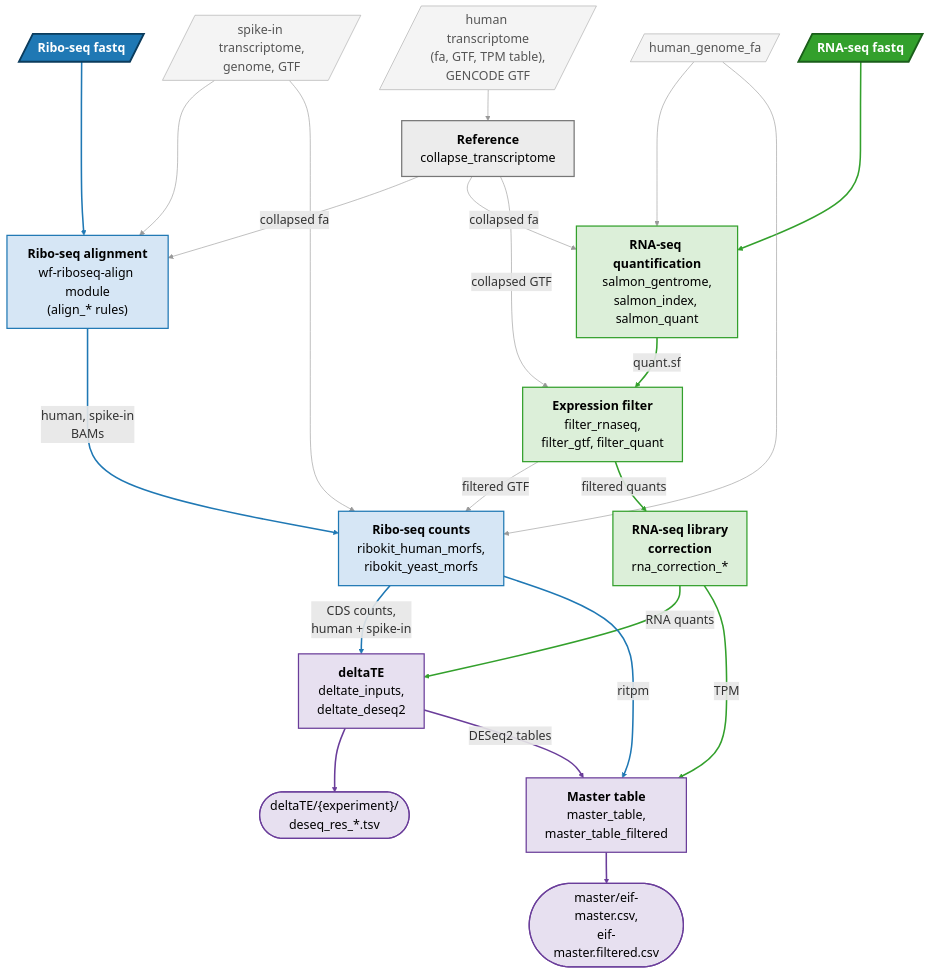
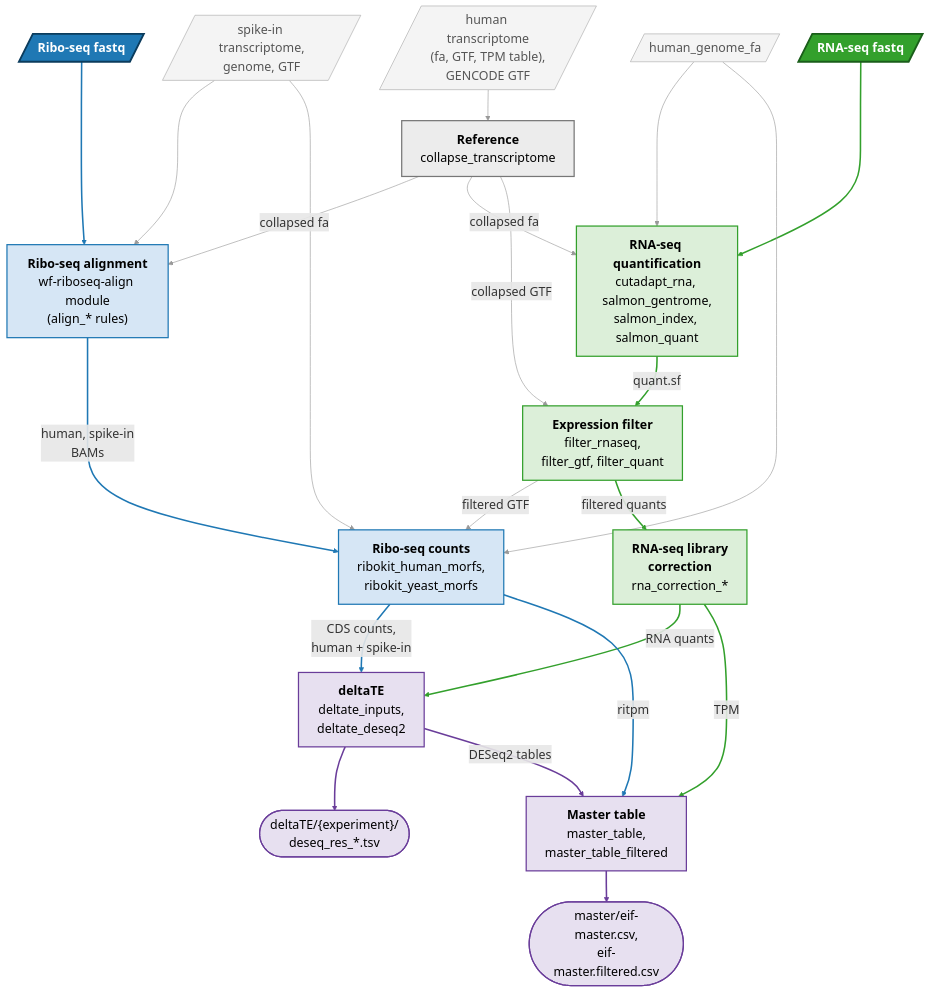
One commit to katarinagresova/wf-eIF-deltaTE changed the diagram in README.md. Above: the diagram before and after it, drawn with Mermaid. The commit also changed other lines of this file and 5 other files, not shown here.

````diff
--- a/README.md
+++ b/README.md
@@ -14,63 +14,63 @@
 ```mermaid
 %%{init: {"themeVariables": {"fontSize": "20px"}, "flowchart": {"nodeSpacing": 30}}}%%
 flowchart TD
     ribo[/"<b>Ribo-seq fastq</b>"/]
     spike[/"spike-in transcriptome,<br>genome, GTF"/]
     genome[/"human_genome_fa"/]
     raw_tx[/"human transcriptome<br>(fa, GTF, TPM table),<br>GENCODE GTF"/]
     rna[/"<b>RNA-seq fastq</b>"/]
 
     collapse["<b>Reference</b><br>collapse_transcriptome"]
     align["<b>Ribo-seq alignment</b><br>wf-riboseq-align module<br>(align_* rules)"]
-    salmon["<b>RNA-seq quantification</b><br>salmon_gentrome,<br>salmon_index, salmon_quant"]
+    salmon["<b>RNA-seq quantification</b><br>cutadapt_rna, salmon_gentrome,<br>salmon_index, salmon_quant"]
     filter["<b>Expression filter</b><br>filter_rnaseq,<br>filter_gtf, filter_quant"]
     corr["<b>RNA-seq library<br>correction</b><br>rna_correction_*"]
     ribokit["<b>Ribo-seq counts</b><br>ribokit_human_morfs,<br>ribokit_yeast_morfs"]
     deltate["<b>deltaTE</b><br>deltate_inputs,<br>deltate_deseq2"]
     master["<b>Master table</b><br>master_table,<br>master_table_filtered"]
 
     deseq(["deltaTE/{experiment}/<br>deseq_res_*.tsv"])
     mastercsv(["master/eif-master.csv,<br>eif-master.filtered.csv"])
 
     %% Longer arrows (more dashes) keep every input on the top row.
     raw_tx --> collapse
     ribo ---> align
     collapse -->|"collapsed fa"| align
     spike ---> align
     align --->|"human, spike-in<br>BAMs"| ribokit
     spike ----> ribokit
     collapse -->|"collapsed fa"| salmon
     genome ---> salmon
     rna ---> salmon
     salmon -->|"quant.sf"| filter
     collapse --->|"collapsed GTF"| filter
     filter -->|"filtered GTF"| ribokit
     genome ----> ribokit
     filter -->|"filtered quants"| corr
     ribokit -->|"CDS counts,<br>human + spike-in"| deltate
     corr -->|"RNA quants"| deltate
     deltate --> deseq
     deltate -->|"DESeq2 tables"| master
     ribokit --->|"ritpm"| master
     corr --->|"TPM"| master
     master --> mastercsv
 
     classDef riboInput fill:#1f78b4,stroke:#0b3c5d,stroke-width:3px,color:#fff
     classDef rnaInput fill:#33a02c,stroke:#1a5e1a,stroke-width:3px,color:#fff
     classDef helper fill:#f4f4f4,stroke:#aaa,color:#555
     classDef refStep fill:#ececec,stroke:#777,stroke-width:2px,color:#000
     classDef riboStep fill:#d6e6f5,stroke:#1f78b4,stroke-width:2px,color:#000
     classDef rnaStep fill:#dcefd9,stroke:#33a02c,stroke-width:2px,color:#000
     classDef bothStep fill:#e7e0f0,stroke:#6a3d9a,stroke-width:2px,color:#000
     class ribo riboInput
     class rna rnaInput
     class spike,raw_tx,genome helper
     class collapse refStep
     class align,ribokit riboStep
     class salmon,filter,corr rnaStep
     class deltate,master,deseq,mastercsv bothStep
     linkStyle 1,4,14,18 stroke:#1f78b4,stroke-width:2.5px
     linkStyle 8,9,13,15,19 stroke:#33a02c,stroke-width:2.5px
     linkStyle 16,17,20 stroke:#6a3d9a,stroke-width:2.5px
     linkStyle 0,2,3,5,6,7,10,11,12 stroke:#999
 ```
````
